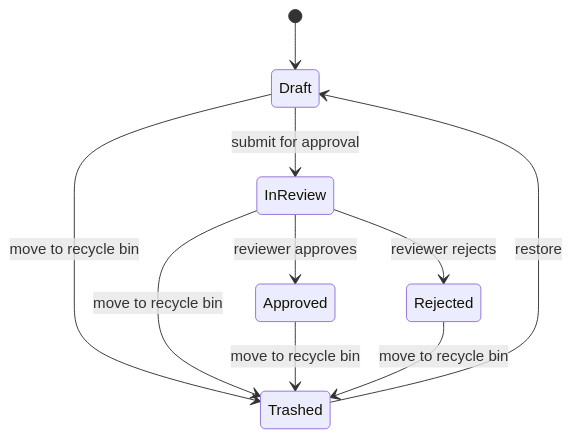
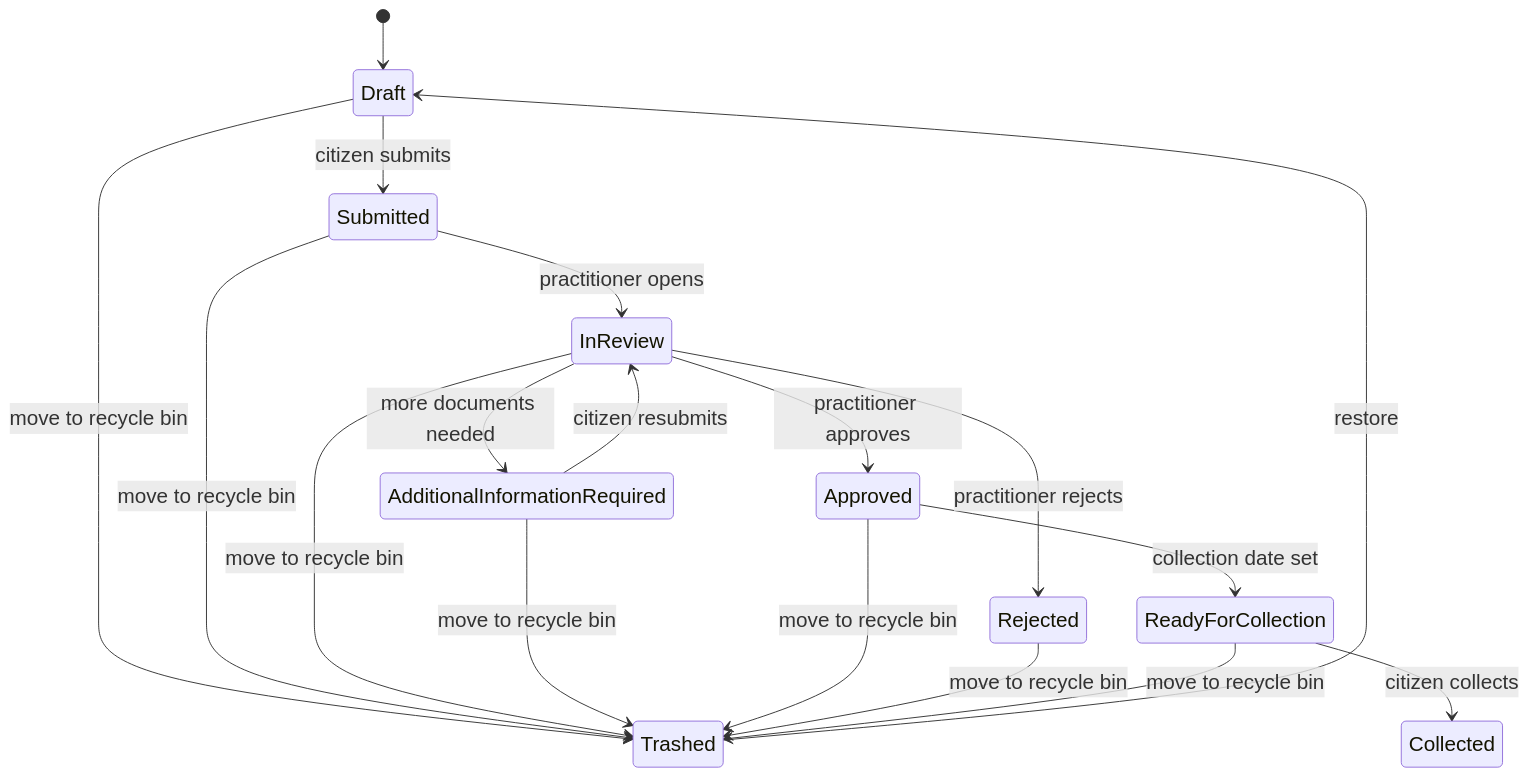
One commit to sabkam08/home-affairs changed the second of 3 diagrams in docs/designs/erd-and-state.md. Above: the diagram before and after it, drawn with Mermaid. The commit also changed other lines of this file and 26 other files, not shown here.

Commit message:
Domain entities, Updated ERD and System Outline.

````diff
--- a/docs/designs/erd-and-state.md
+++ b/docs/designs/erd-and-state.md
@@ -114,12 +284,21 @@
 ```mermaid
+%%{init: {'themeVariables': {'fontSize': '22px', 'fontFamily': 'Arial'}}}%%
 stateDiagram-v2
   [*] --> Draft
-  Draft --> InReview: submit for approval
-  InReview --> Approved: reviewer approves
-  InReview --> Rejected: reviewer rejects
+  Draft --> Submitted: citizen submits
+  Submitted --> InReview: practitioner opens
+  InReview --> AdditionalInformationRequired: more documents needed
+  AdditionalInformationRequired --> InReview: citizen resubmits
+  InReview --> Approved: practitioner approves
+  InReview --> Rejected: practitioner rejects
+  Approved --> ReadyForCollection: collection date set
+  ReadyForCollection --> Collected: citizen collects
   Draft --> Trashed: move to recycle bin
+  Submitted --> Trashed: move to recycle bin
   InReview --> Trashed: move to recycle bin
+  AdditionalInformationRequired --> Trashed: move to recycle bin
   Approved --> Trashed: move to recycle bin
   Rejected --> Trashed: move to recycle bin
+  ReadyForCollection --> Trashed: move to recycle bin
   Trashed --> Draft: restore
 ```
````
